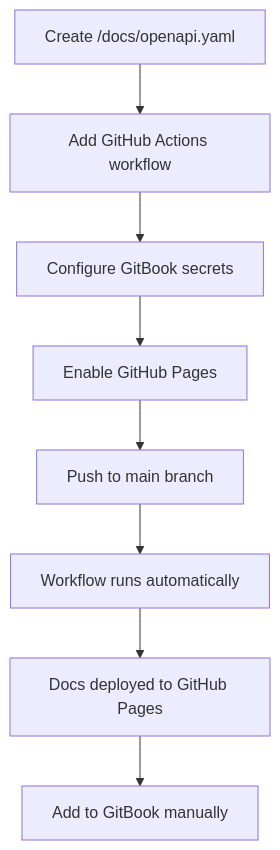
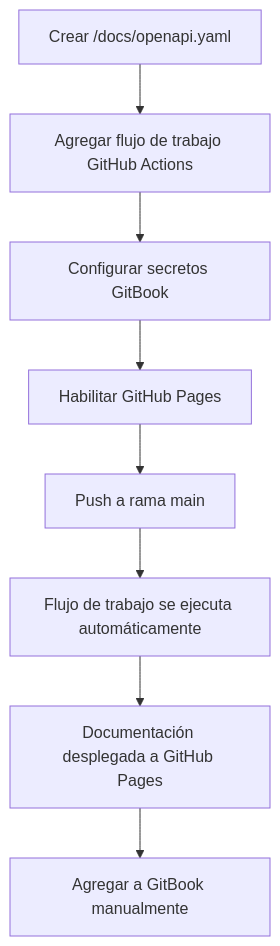
One commit to drkrillo/docs changed the first of 2 diagrams in contributor-esp/contributor-guides/api-documentation.md. Above: the diagram before and after it, drawn with Mermaid. The commit also changed other lines of this file and 18 other files, not shown here.

````diff
--- a/contributor-esp/contributor-guides/api-documentation.md
+++ b/contributor-esp/contributor-guides/api-documentation.md
@@ -384,10 +384,10 @@
 ```mermaid
 graph TD
-    A[Create /docs/openapi.yaml] --> B[Add GitHub Actions workflow]
-    B --> C[Configure GitBook secrets]
-    C --> D[Enable GitHub Pages]
-    D --> E[Push to main branch]
-    E --> F[Workflow runs automatically]
-    F --> G[Docs deployed to GitHub Pages]
-    G --> H[Add to GitBook manually]
+    A[Crear /docs/openapi.yaml] --> B[Agregar flujo de trabajo GitHub Actions]
+    B --> C[Configurar secretos GitBook]
+    C --> D[Habilitar GitHub Pages]
+    D --> E[Push a rama main]
+    E --> F[Flujo de trabajo se ejecuta automáticamente]
+    F --> G[Documentación desplegada a GitHub Pages]
+    G --> H[Agregar a GitBook manualmente]
 ```
````
